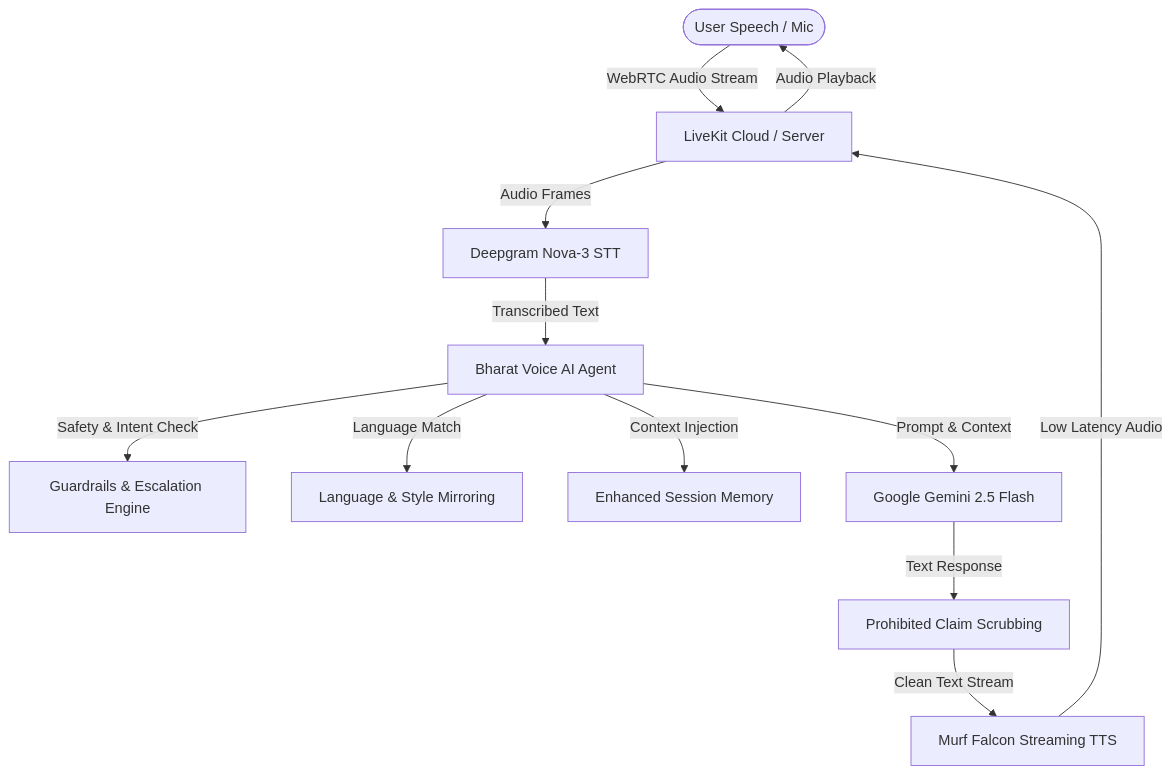
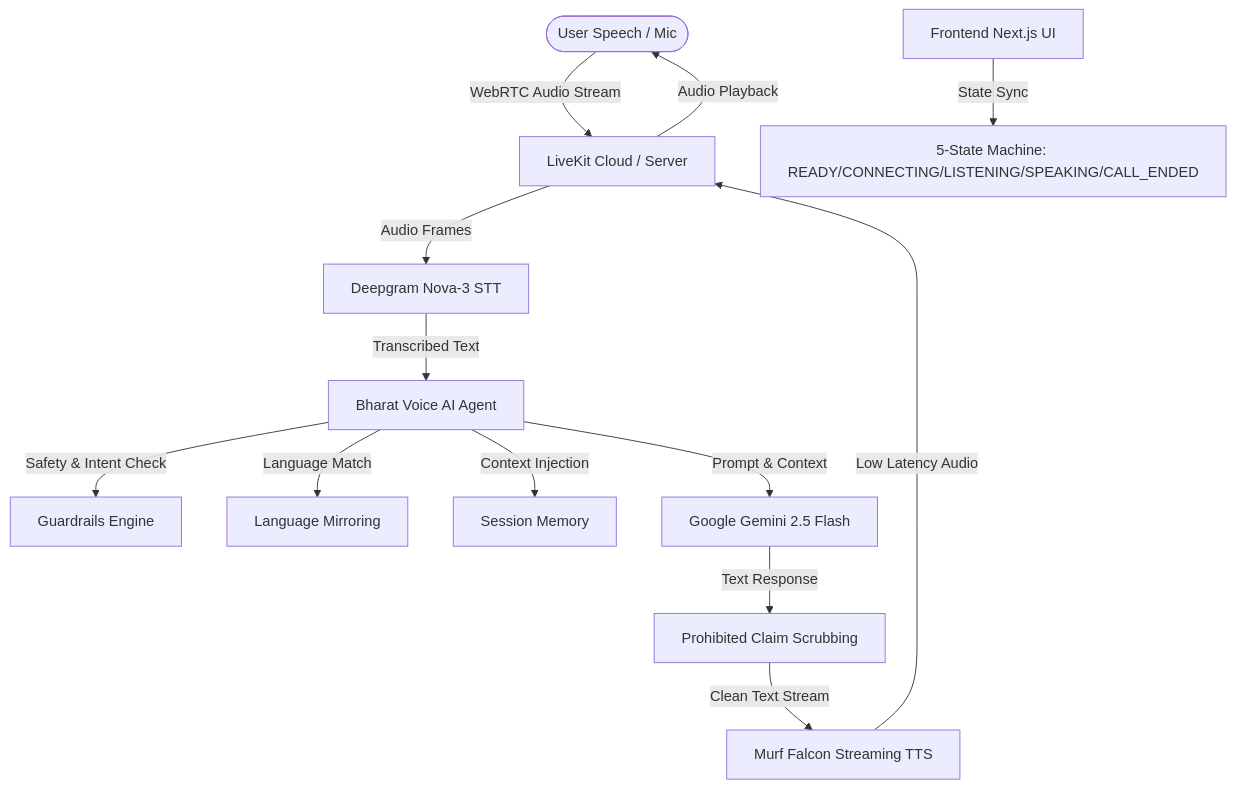
One commit to gunmasterg9/bharat-voice-ai changed the diagram in README.md. Above: the diagram before and after it, drawn with Mermaid. The commit also changed other lines of this file and 21 other files, not shown here.

````diff
--- a/README.md
+++ b/README.md
@@ -27,14 +55,15 @@
 ```mermaid
 graph TD
     User([User Speech / Mic]) -->|WebRTC Audio Stream| LiveKit[LiveKit Cloud / Server]
     LiveKit -->|Audio Frames| STT[Deepgram Nova-3 STT]
     STT -->|Transcribed Text| Agent[Bharat Voice AI Agent]
-    Agent -->|Safety & Intent Check| Guardrails[Guardrails & Escalation Engine]
-    Agent -->|Language Match| Language[Language & Style Mirroring]
-    Agent -->|Context Injection| Memory[Enhanced Session Memory]
+    Agent -->|Safety & Intent Check| Guardrails[Guardrails Engine]
+    Agent -->|Language Match| Language[Language Mirroring]
+    Agent -->|Context Injection| Memory[Session Memory]
     Agent -->|Prompt & Context| LLM[Google Gemini 2.5 Flash]
     LLM -->|Text Response| OutputFilter[Prohibited Claim Scrubbing]
     OutputFilter -->|Clean Text Stream| TTS[Murf Falcon Streaming TTS]
     TTS -->|Low Latency Audio| LiveKit
     LiveKit -->|Audio Playback| User
+    UserUI[Frontend Next.js UI] -->|State Sync| StateMachine[5-State Machine: READY/CONNECTING/LISTENING/SPEAKING/CALL_ENDED]
 ```
````
